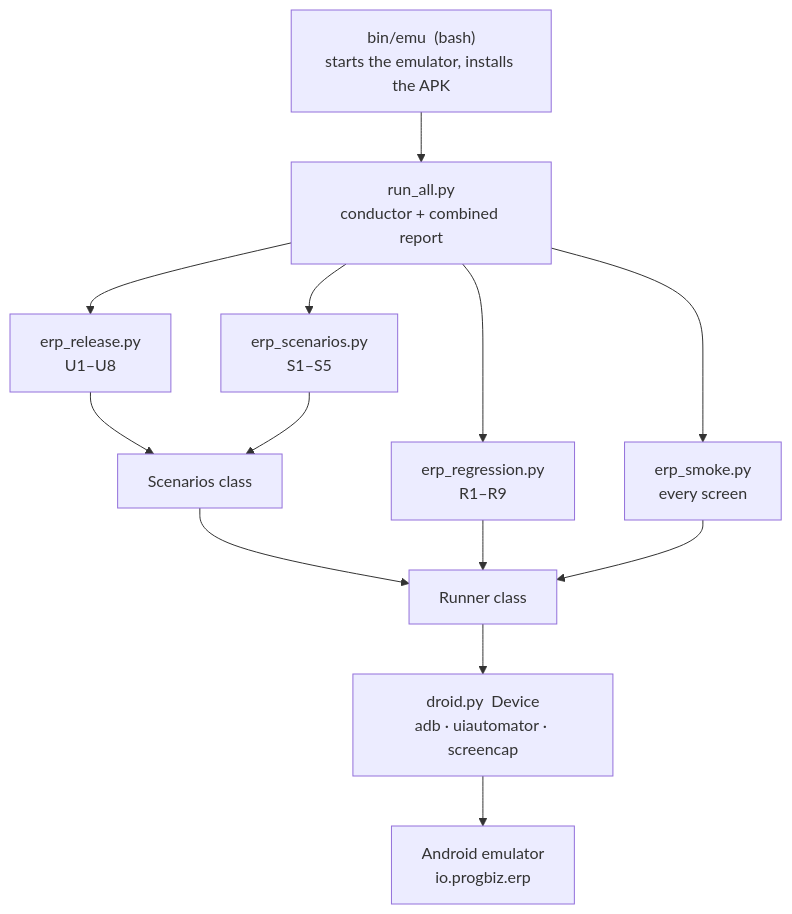
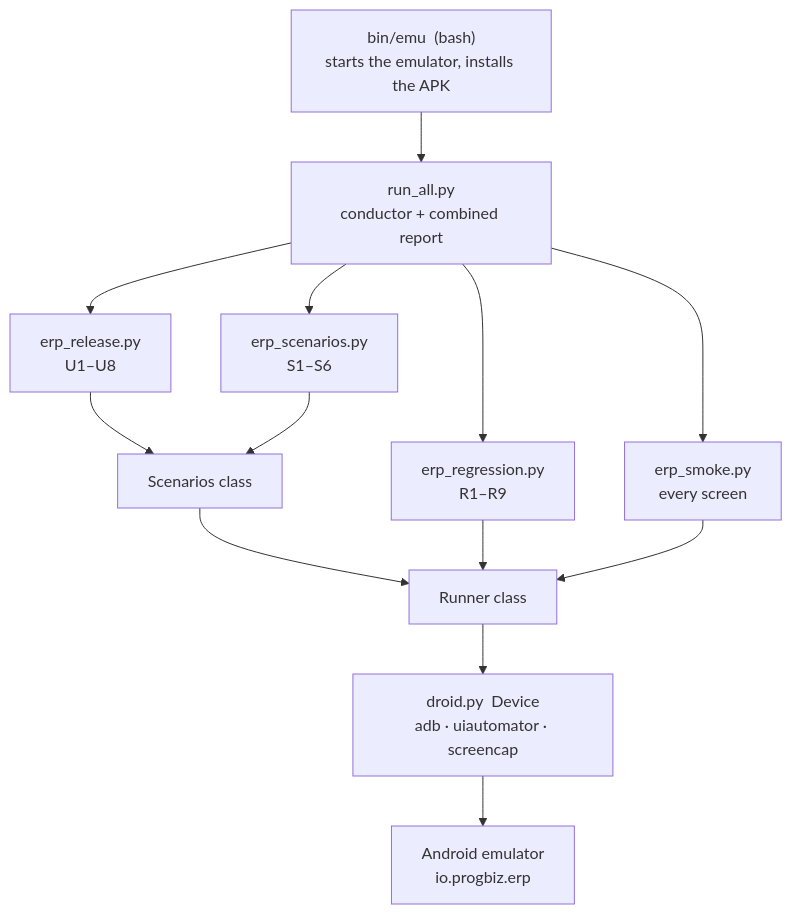
Before and after one commit to vismayatk/Progbiz-erp-testers: the diagram in mobile/docs/CODE-DETAILS.md, drawn with Mermaid. The commit also changed other lines of this file and 5 other files, not shown here.

````diff
--- a/mobile/docs/CODE-DETAILS.md
+++ b/mobile/docs/CODE-DETAILS.md
@@ -17,15 +17,15 @@
 ```mermaid
 flowchart TD
     emu["bin/emu  (bash)<br/>starts the emulator, installs the APK"] --> runall["run_all.py<br/>conductor + combined report"]
     runall --> rel["erp_release.py<br/>U1–U8"]
-    runall --> crm["erp_scenarios.py<br/>S1–S5"]
+    runall --> crm["erp_scenarios.py<br/>S1–S6"]
     runall --> reg["erp_regression.py<br/>R1–R9"]
     runall --> smk["erp_smoke.py<br/>every screen"]
     rel --> sc[Scenarios class]
     sc --> rn[Runner class]
     crm --> sc
     reg --> rn
     smk --> rn
     rn --> drd["droid.py  Device<br/>adb · uiautomator · screencap"]
     drd --> app["Android emulator<br/>io.progbiz.erp"]
 ```
````
